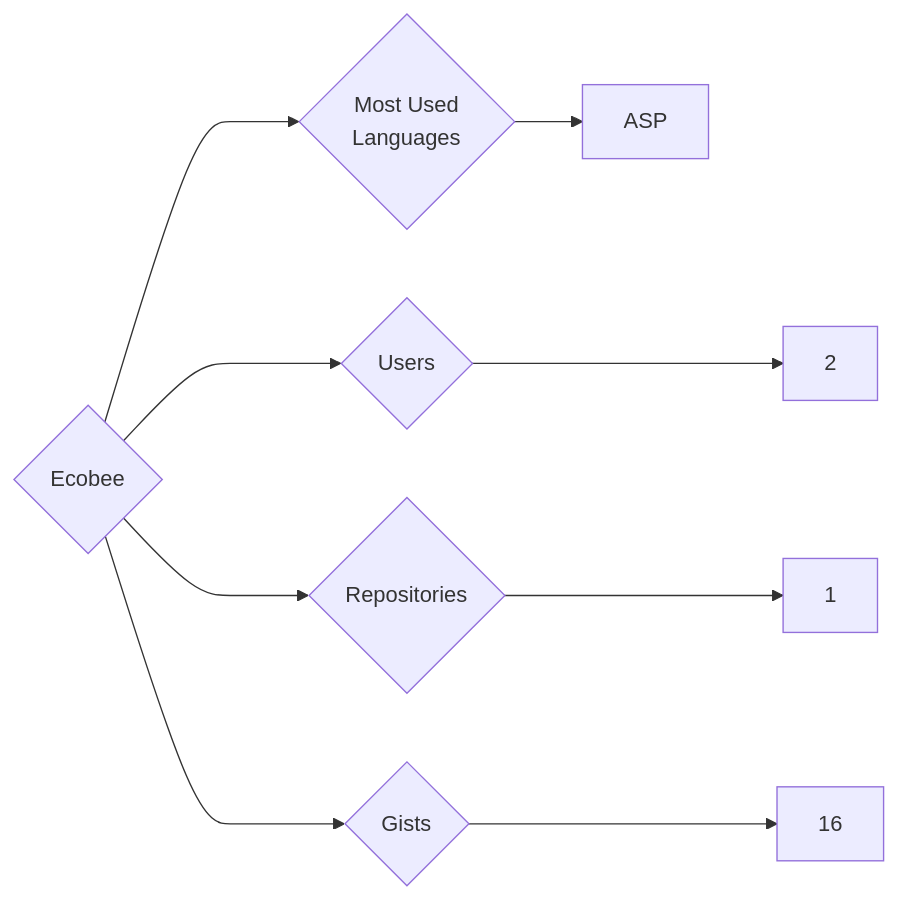
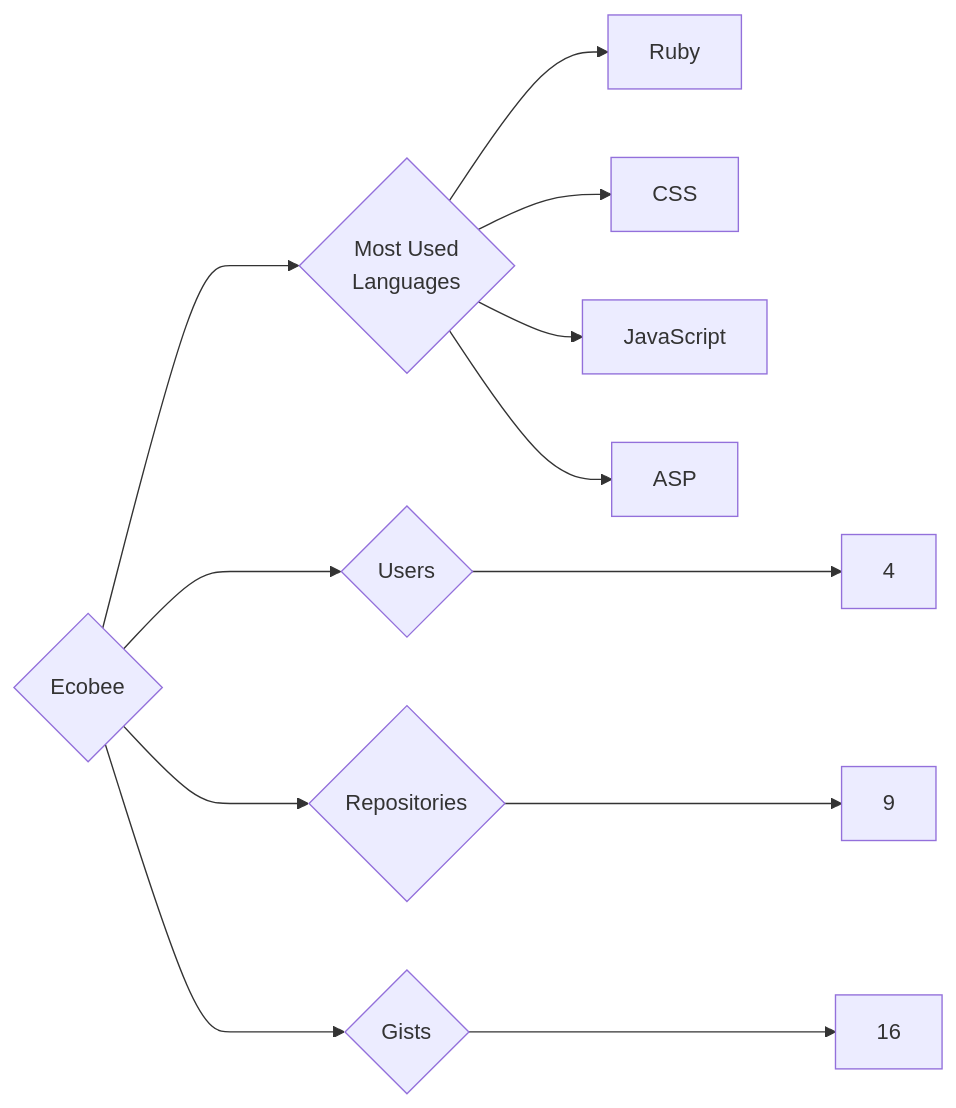
Before and after one commit to trickest/insiders: the diagram in targets/Ecobee/README.md, drawn with Mermaid. The commit also changed 840 other files, not shown here.

````diff
--- a/targets/Ecobee/README.md
+++ b/targets/Ecobee/README.md
@@ -3,9 +3,12 @@
 ```mermaid
 graph LR
 COMPANY_NAME{Ecobee}
-COMPANY_NAME ---> U{Users} ---> UN[2]
-COMPANY_NAME ---> R{Repositories} ---> RN[1]
+COMPANY_NAME ---> U{Users} ---> UN[4]
+COMPANY_NAME ---> R{Repositories} ---> RN[9]
 COMPANY_NAME ---> G{Gists} ---> GN[16]
 COMPANY_NAME ---> ML{Most Used<br>Languages}
+ML --> Ruby[Ruby]
+ML --> CSS[CSS]
+ML --> JavaScript[JavaScript]
 ML --> ASP[ASP]
 ```
````
